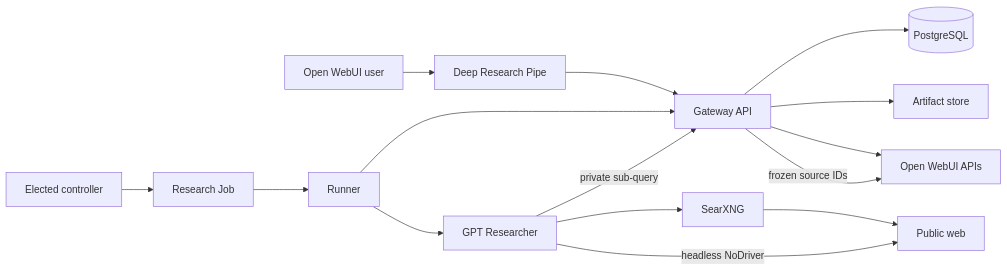
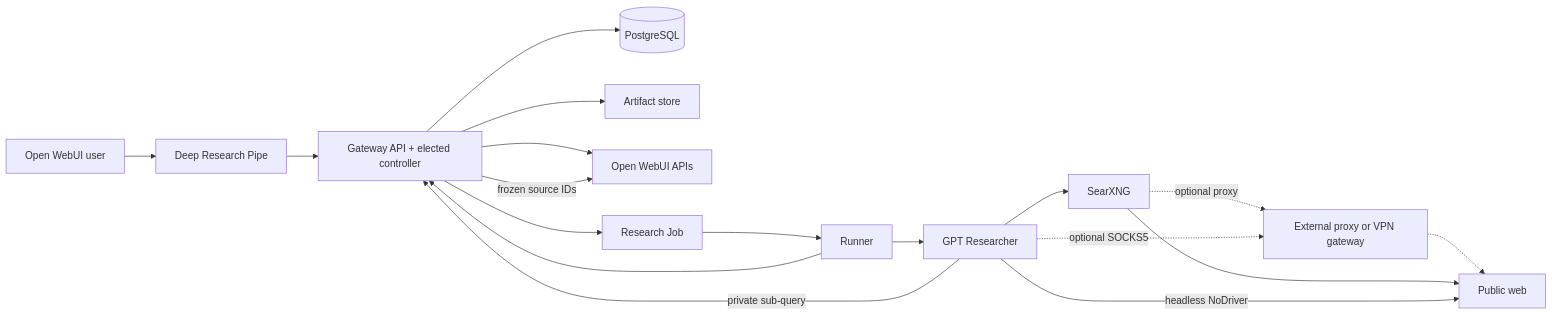
The diagram in README.md (YevheniiSemendiak/open-webui-gpt-researcher), drawn with Mermaid before and after one commit. The commit also changed other lines of this file and 37 other files, not shown here.

````diff
--- a/README.md
+++ b/README.md
@@ -46,17 +48,20 @@
 ```mermaid
 flowchart LR
   U["Open WebUI user"] --> F["Deep Research Pipe"]
-  F --> A["Gateway API"]
+  F --> A["Gateway API + elected controller"]
   A --> P[("PostgreSQL")]
   A --> S["Artifact store"]
   A --> O["Open WebUI APIs"]
-  C["Elected controller"] --> K["Research Job"]
+  A --> K["Research Job"]
   K --> R["Runner"]
   R --> A
   R --> G["GPT Researcher"]
   G --> Q["SearXNG"]
+  Q -. "optional proxy" .-> V["External proxy or VPN gateway"]
+  G -. "optional SOCKS5" .-> V
+  V -.-> W
   Q --> W["Public web"]
   G -->|"headless NoDriver"| W
   G -->|"private sub-query"| A
   A -->|"frozen source IDs"| O
 ```
````
